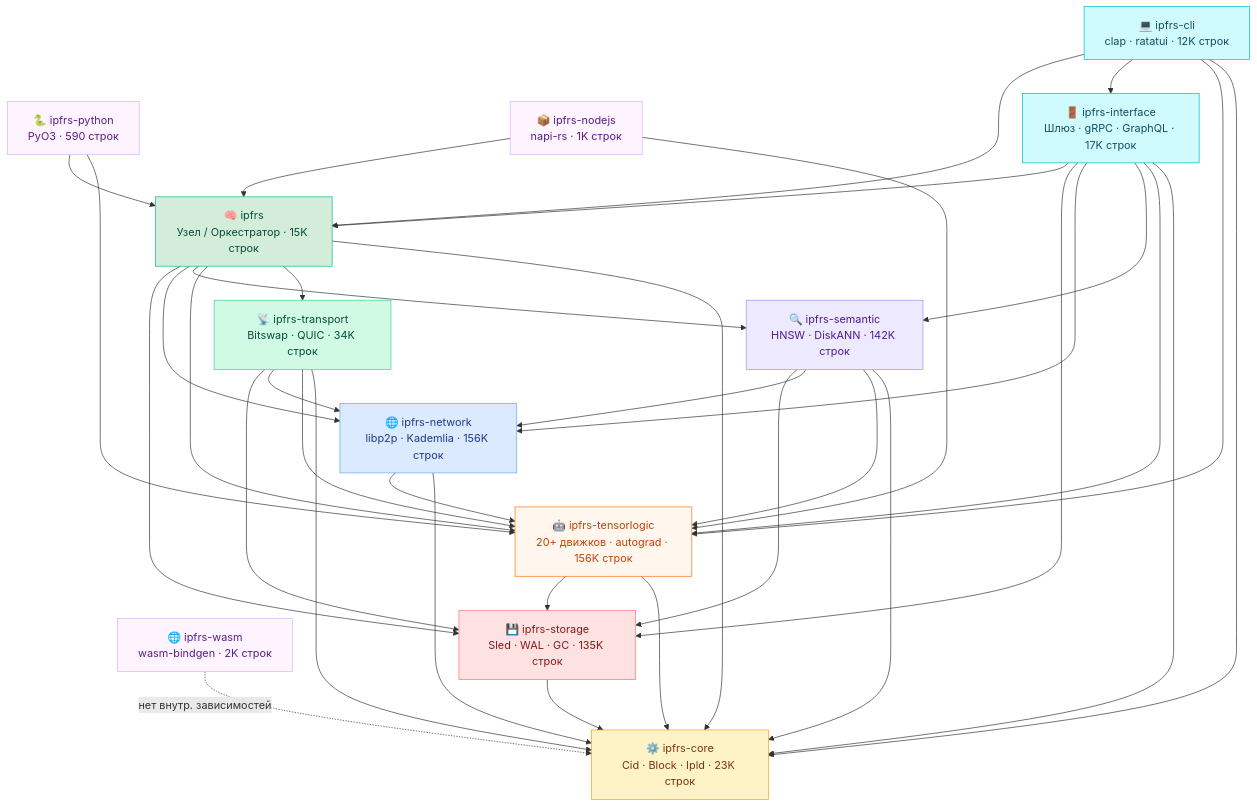
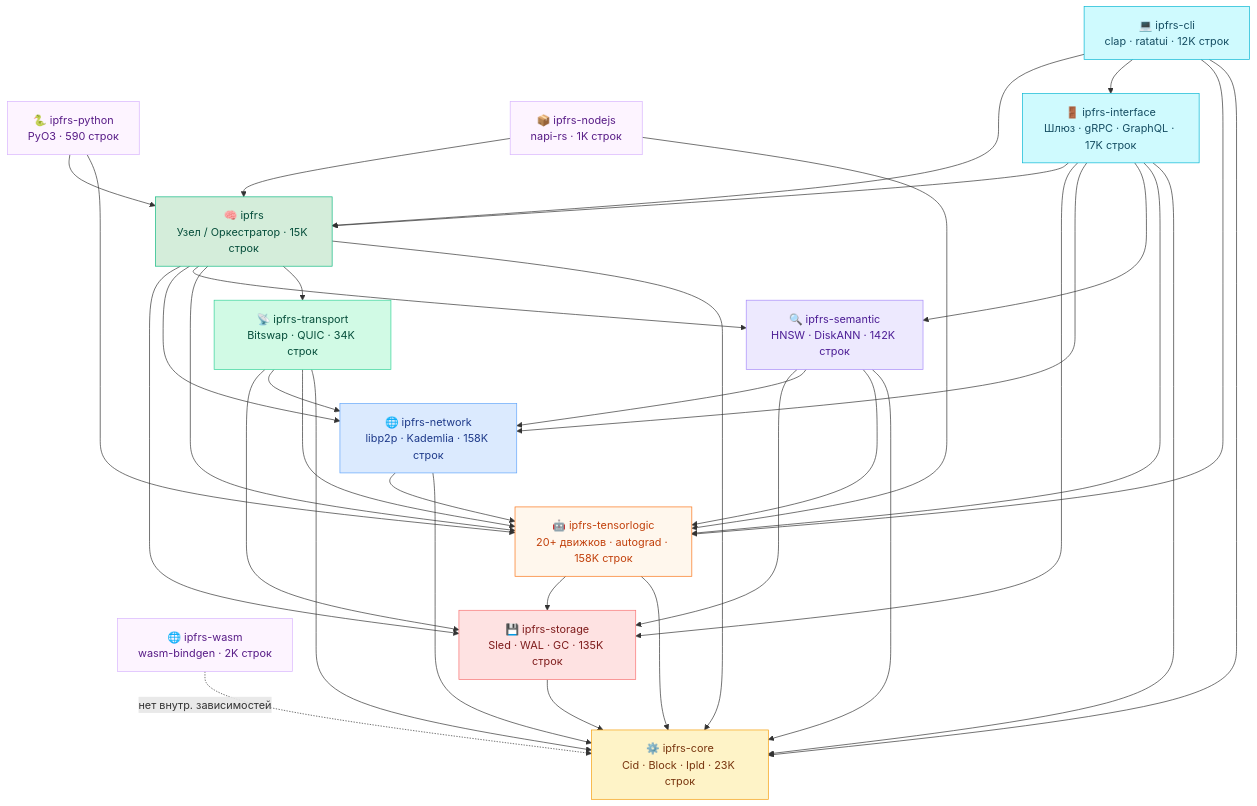
Before and after one commit to yunusovt983-art/ipfrs-ai: the eighth of 8 diagrams in README.md, drawn with Mermaid. The commit also changed other lines of this file, not shown here.

```diff
--- a/README.md
+++ b/README.md
@@ -328,9 +328,9 @@
 
     %% Доменный слой
     ST["💾 ipfrs-storage\nSled · WAL · GC · 135K строк"]
-    NW["🌐 ipfrs-network\nlibp2p · Kademlia · 156K строк"]
+    NW["🌐 ipfrs-network\nlibp2p · Kademlia · 158K строк"]
     SM["🔍 ipfrs-semantic\nHNSW · DiskANN · 142K строк"]
-    TL["🤖 ipfrs-tensorlogic\n20+ движков · autograd · 156K строк"]
+    TL["🤖 ipfrs-tensorlogic\n20+ движков · autograd · 158K строк"]
     TR["📡 ipfrs-transport\nBitswap · QUIC · 34K строк"]
 
     %% Shared Kernel
```
